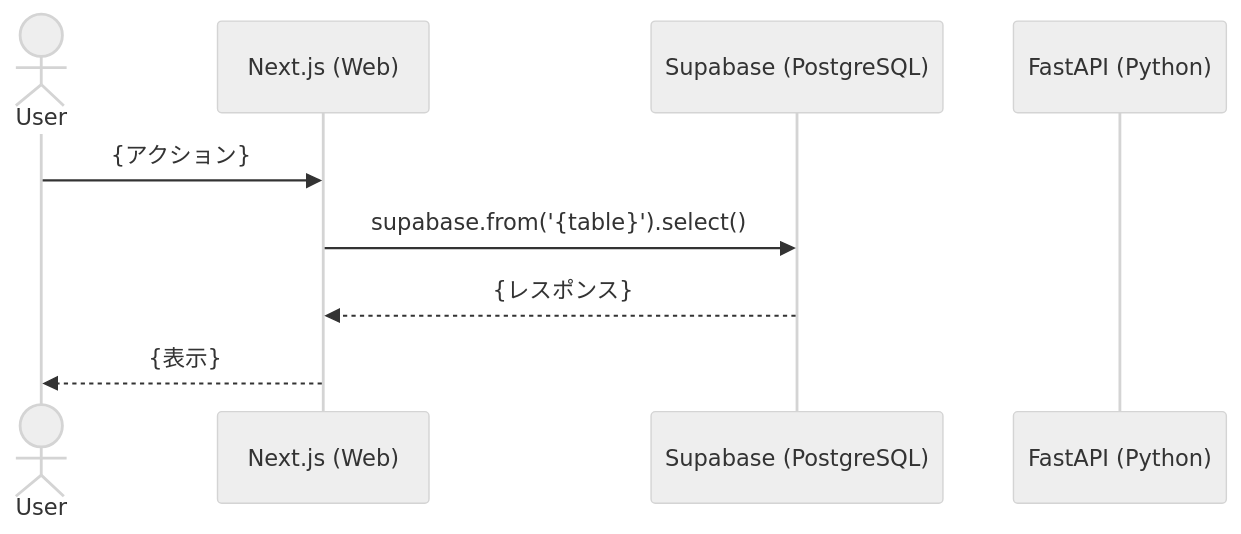
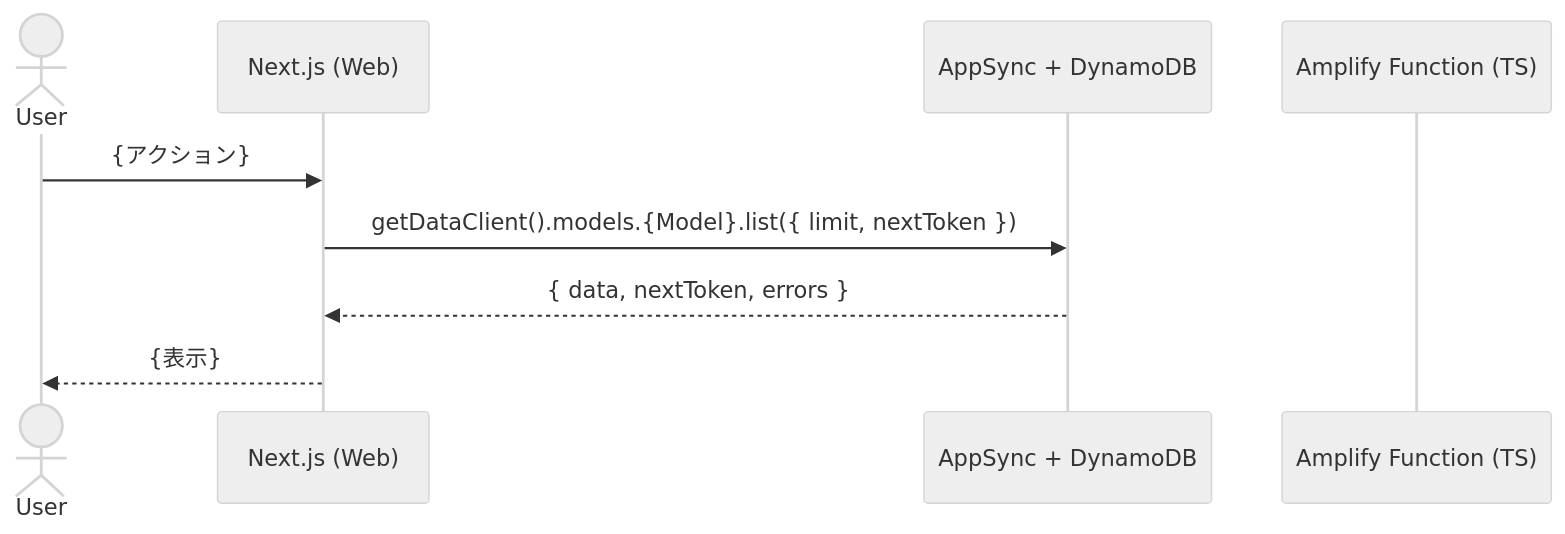
Before and after one commit to TItabashBoilerplates/amplify-boilerplate: the second of 2 diagrams in .claude/skills/detailed-design/references/architecture-template.md, drawn with Mermaid (neutral theme). The commit also changed other lines of this file and 12 other files, not shown here.

````diff
--- a/.claude/skills/detailed-design/references/architecture-template.md
+++ b/.claude/skills/detailed-design/references/architecture-template.md
@@ -185,12 +196,12 @@
 ```mermaid
 sequenceDiagram
     actor User
     participant Web as Next.js (Web)
-    participant Supabase as Supabase (PostgreSQL)
-    participant Backend as FastAPI (Python)
+    participant AppSync as AppSync + DynamoDB
+    participant Fn as Amplify Function (TS)
 
     User->>Web: {アクション}
-    Web->>Supabase: supabase.from('{table}').select()
-    Supabase-->>Web: {レスポンス}
+    Web->>AppSync: getDataClient().models.{Model}.list({ limit, nextToken })
+    AppSync-->>Web: { data, nextToken, errors }
     Web-->>User: {表示}
 ```
````
